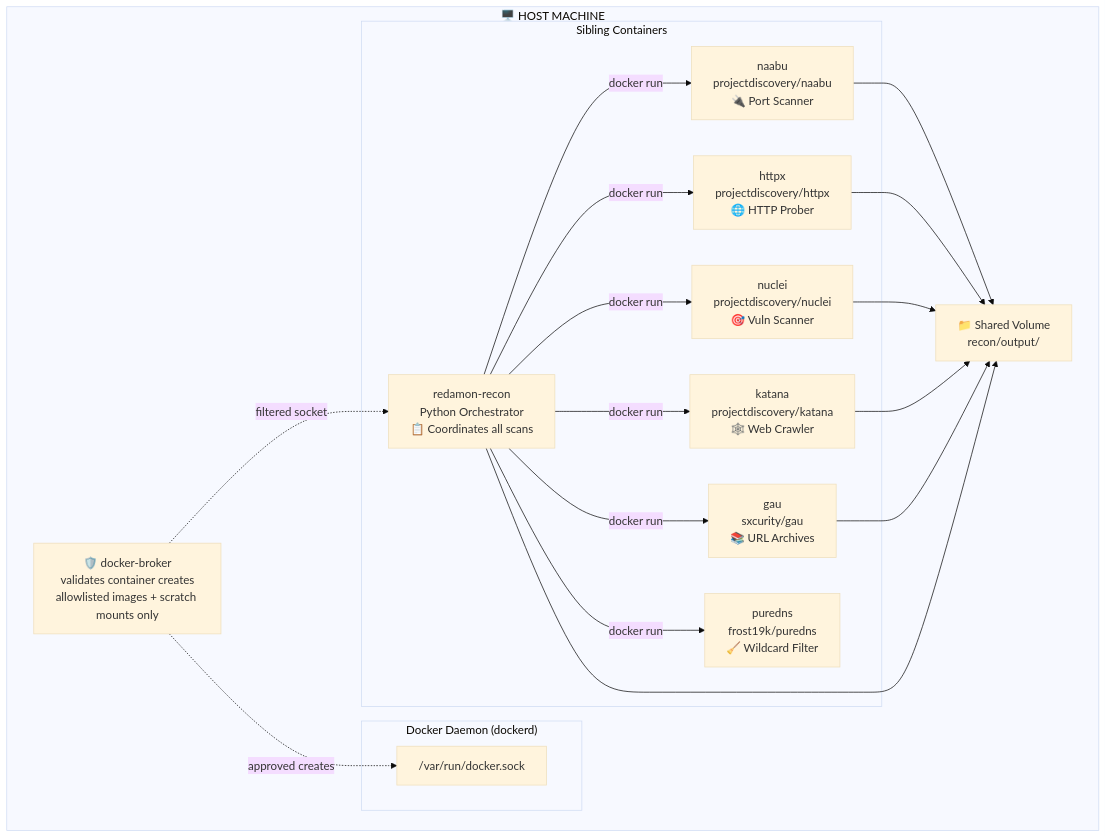
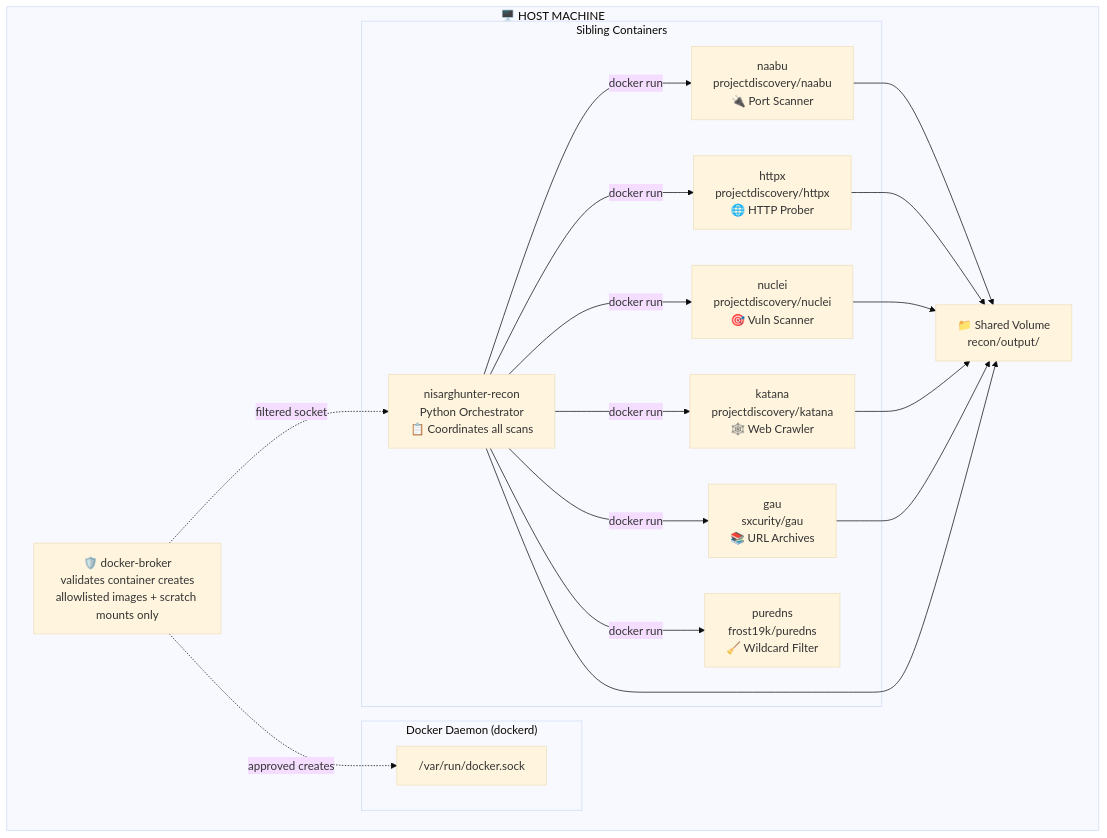
Before and after one commit to NisargDedakiya/DNM-hunter: the second of 17 diagrams in readmes/README.RECON.md, drawn with Mermaid (base theme). The commit also changed other lines of this file and 389 other files, not shown here.

First line of the commit message:
Rebrand RedAmon to NisargHunter AI (Phase 00 of v2.0 roadmap)

````diff
--- a/readmes/README.RECON.md
+++ b/readmes/README.RECON.md
@@ -164,38 +164,38 @@
 ```mermaid
 flowchart TB
     subgraph Host["🖥️ HOST MACHINE"]
         subgraph DockerDaemon["Docker Daemon (dockerd)"]
             Socket["/var/run/docker.sock"]
         end
 
         Broker["🛡️ docker-broker<br/>validates container creates<br/>allowlisted images + scratch mounts only"]
 
         subgraph Containers["Sibling Containers"]
-            Recon["redamon-recon<br/>Python Orchestrator<br/>📋 Coordinates all scans"]
+            Recon["nisarghunter-recon<br/>Python Orchestrator<br/>📋 Coordinates all scans"]
             NaabuC["naabu<br/>projectdiscovery/naabu<br/>🔌 Port Scanner"]
             HttpxC["httpx<br/>projectdiscovery/httpx<br/>🌐 HTTP Prober"]
             NucleiC["nuclei<br/>projectdiscovery/nuclei<br/>🎯 Vuln Scanner"]
             KatanaC["katana<br/>projectdiscovery/katana<br/>🕸️ Web Crawler"]
             GAUC["gau<br/>sxcurity/gau<br/>📚 URL Archives"]
             PurednsC["puredns<br/>frost19k/puredns<br/>🧹 Wildcard Filter"]
         end
 
         Volume["📁 Shared Volume<br/>recon/output/"]
     end
 
     Broker -.->|filtered socket| Recon
     Broker -.->|approved creates| Socket
     Recon -->|docker run| NaabuC
     Recon -->|docker run| HttpxC
     Recon -->|docker run| NucleiC
     Recon -->|docker run| KatanaC
     Recon -->|docker run| GAUC
     Recon -->|docker run| PurednsC
 
     NaabuC --> Volume
     HttpxC --> Volume
     NucleiC --> Volume
     KatanaC --> Volume
     GAUC --> Volume
     Recon --> Volume
 ```
````
